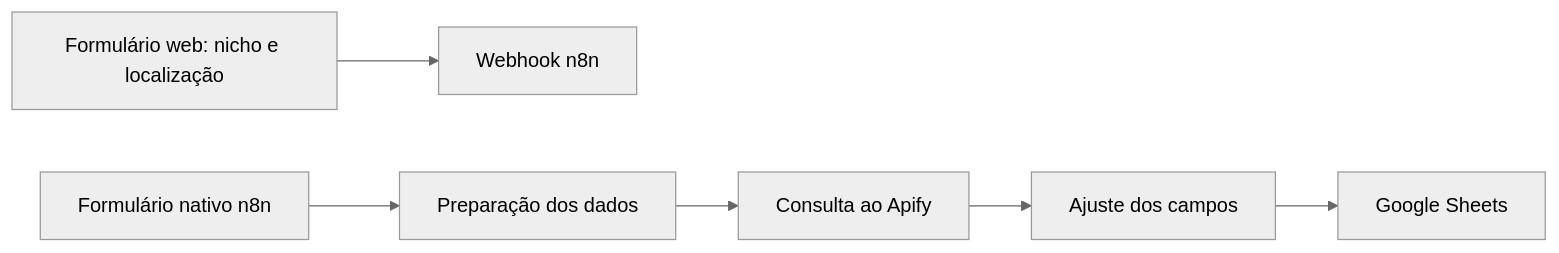
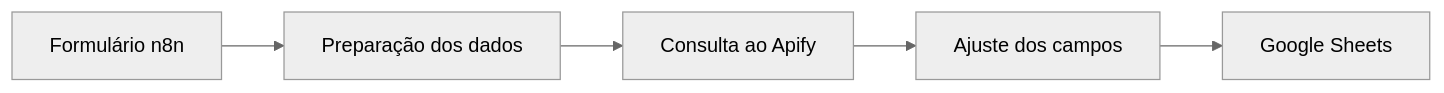
One commit to Br1anHnr/CaptaLeads changed the diagram in README.md. Above: the diagram before and after it, drawn with Mermaid (neutral theme). The commit also changed other lines of this file, not shown here.

````diff
--- a/README.md
+++ b/README.md
@@ -15,8 +17,7 @@
 ```mermaid
 flowchart LR
-    A[Formulário web: nicho e localização] --> B[Webhook n8n]
-    C[Formulário nativo n8n] --> D[Preparação dos dados]
-    D --> E[Consulta ao Apify]
-    E --> F[Ajuste dos campos]
-    F --> G[Google Sheets]
+    A[Formulário n8n] --> B[Preparação dos dados]
+    B --> C[Consulta ao Apify]
+    C --> D[Ajuste dos campos]
+    D --> E[Google Sheets]
 ```
````
